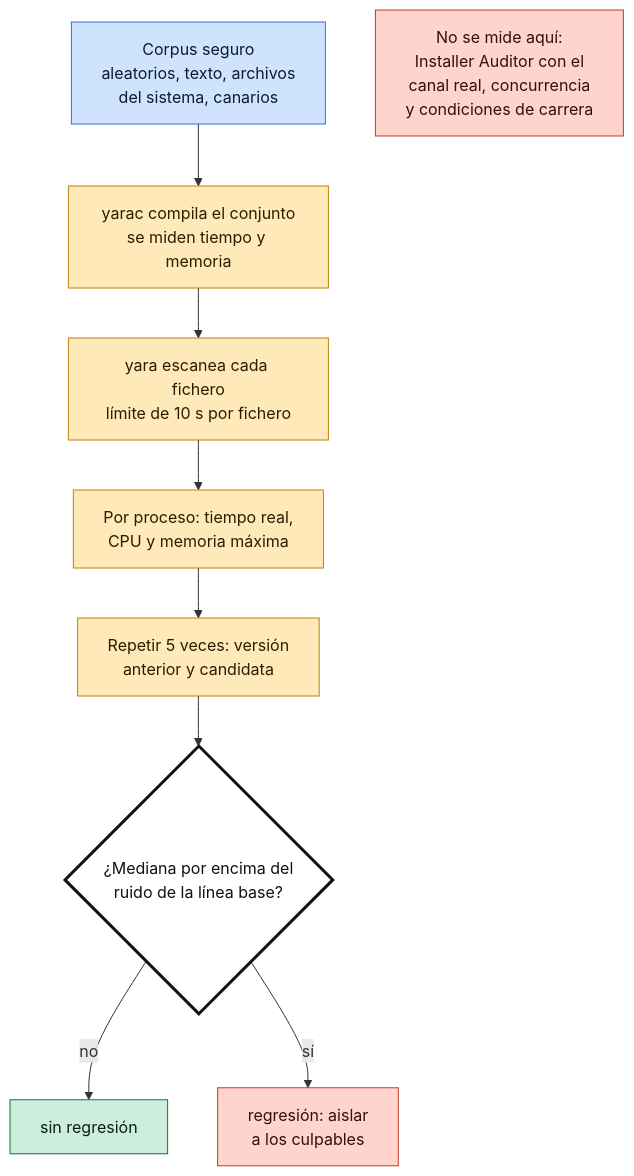
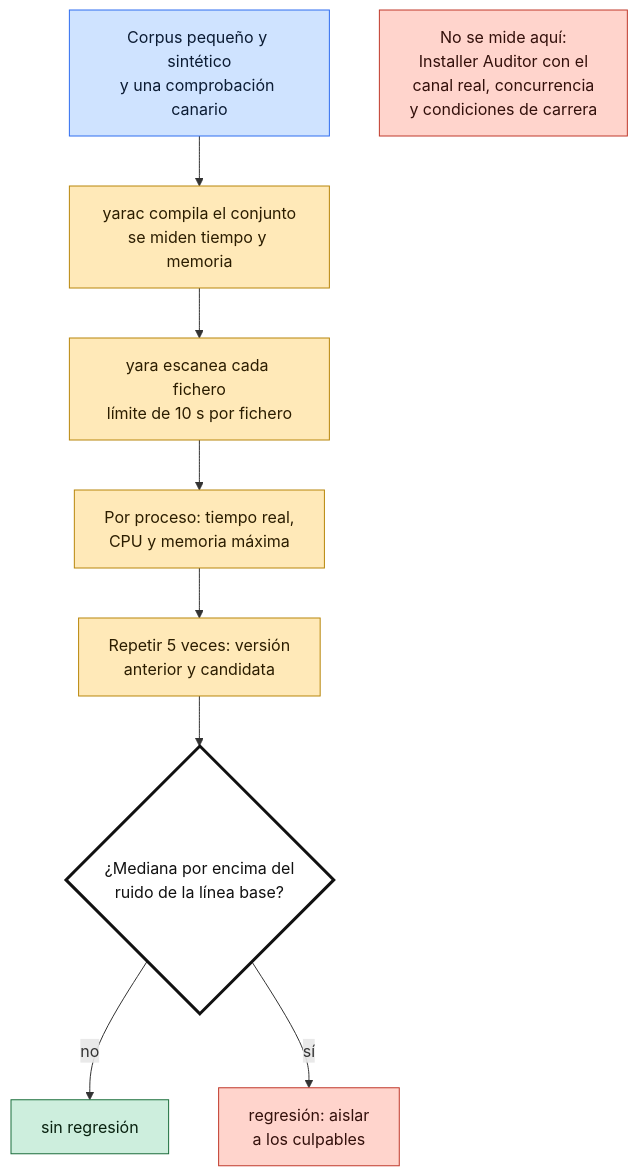
The diagram in docs/wiki/diagrams/perf-measurement.es.mmd (MacGuard/macguard-yara-channel), drawn with Mermaid before and after one commit. The commit also changed 53 other files, not shown here.

```diff
--- a/docs/wiki/diagrams/perf-measurement.es.mmd
+++ b/docs/wiki/diagrams/perf-measurement.es.mmd
@@ -1,18 +1,18 @@
 flowchart TB
-  C["Corpus seguro<br/>aleatorios, texto, archivos<br/>del sistema, canarios"]:::src
+  C["Corpus pequeño y sintético<br/>y una comprobación canario"]:::src
   K["yarac compila el conjunto<br/>se miden tiempo y memoria"]:::val
   S["yara escanea cada fichero<br/>límite de 10 s por fichero"]:::val
   M["Por proceso: tiempo real,<br/>CPU y memoria máxima"]:::val
   R["Repetir 5 veces: versión<br/>anterior y candidata"]:::val
   V{"¿Mediana por encima del<br/>ruido de la línea base?"}:::gate
   OK["sin regresión"]:::sec
   BAD["regresión: aislar<br/>a los culpables"]:::qua
   NO["No se mide aquí:<br/>Installer Auditor con el<br/>canal real, concurrencia<br/>y condiciones de carrera"]:::qua
   C --> K --> S --> M --> R --> V
   V -->|no| OK
   V -->|sí| BAD
   classDef src fill:#cfe3ff,stroke:#2f6df0,color:#0b1b33
   classDef val fill:#ffe9b8,stroke:#b8860b,color:#2b1d00
   classDef sec fill:#cdeedd,stroke:#1b6e3c,color:#08210f
   classDef qua fill:#ffd4cc,stroke:#c0392b,color:#33100b
   classDef gate fill:#ffffff,stroke:#111111,stroke-width:3px,color:#111111
```
